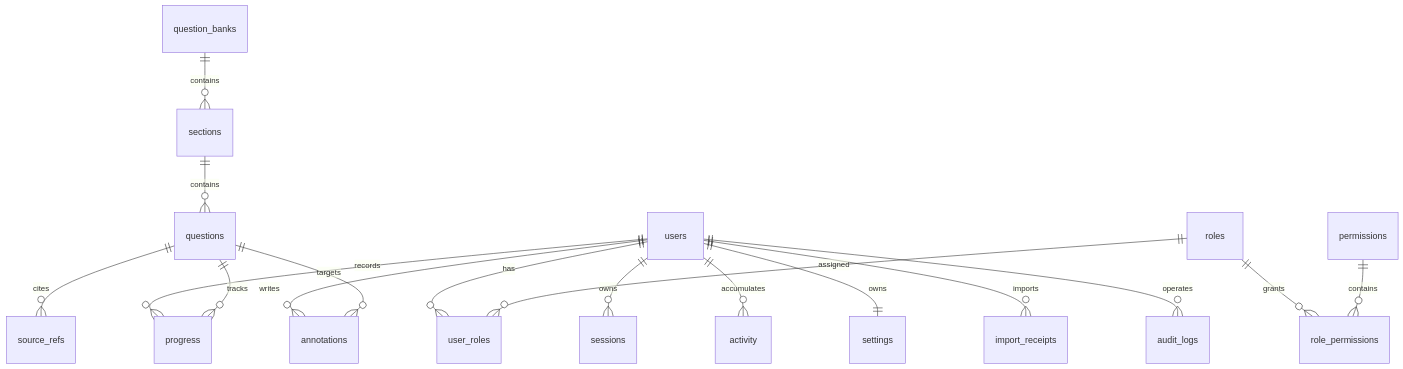
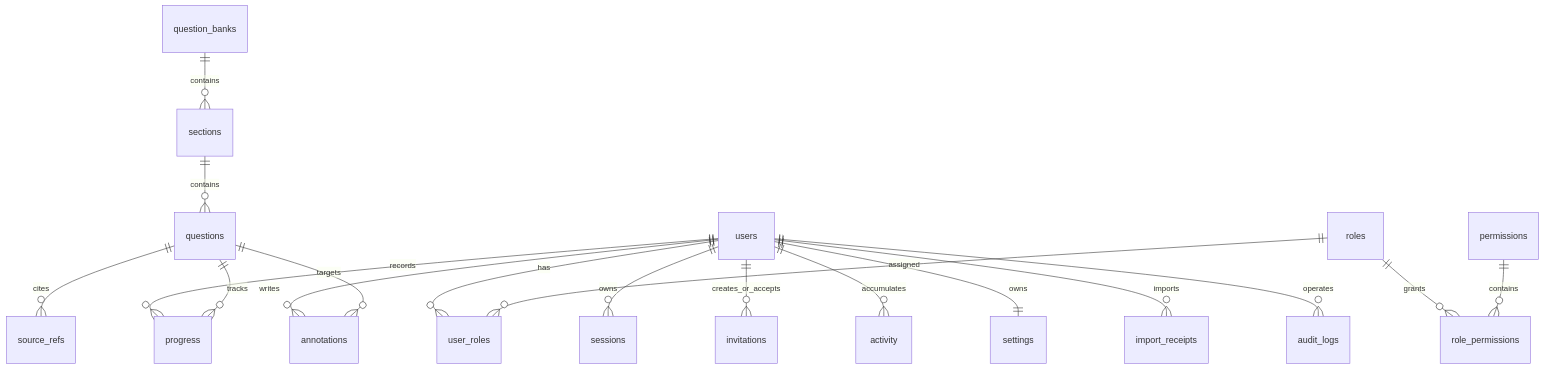
One commit to linsk27/interview-margin changed the second of 2 diagrams in docs/PROJECT_ARCHITECTURE_AND_HANDOFF.md. Above: the diagram before and after it, drawn with Mermaid. The commit also changed other lines of this file and 85 other files, not shown here.

````diff
--- a/docs/PROJECT_ARCHITECTURE_AND_HANDOFF.md
+++ b/docs/PROJECT_ARCHITECTURE_AND_HANDOFF.md
@@ -169,19 +238,20 @@
 ```mermaid
 erDiagram
   users ||--o{ user_roles : has
   roles ||--o{ user_roles : assigned
   roles ||--o{ role_permissions : grants
   permissions ||--o{ role_permissions : contains
   users ||--o{ sessions : owns
+  users ||--o{ invitations : creates_or_accepts
   question_banks ||--o{ sections : contains
   sections ||--o{ questions : contains
   questions ||--o{ source_refs : cites
   users ||--o{ progress : records
   questions ||--o{ progress : tracks
   users ||--o{ annotations : writes
   questions ||--o{ annotations : targets
   users ||--o{ activity : accumulates
   users ||--|| settings : owns
   users ||--o{ import_receipts : imports
   users ||--o{ audit_logs : operates
 ```
````
